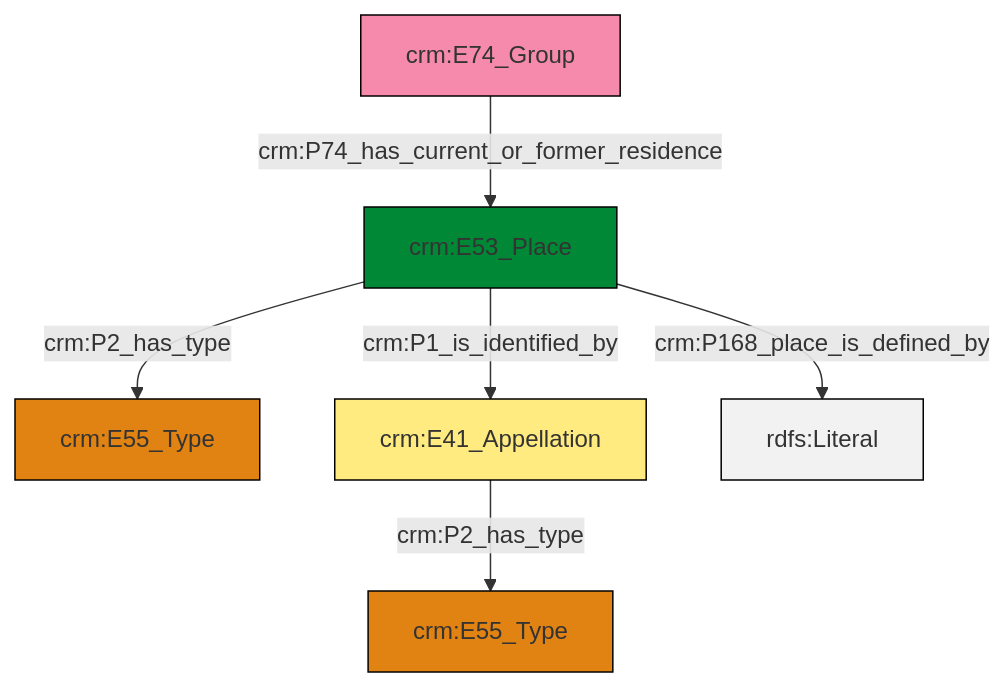
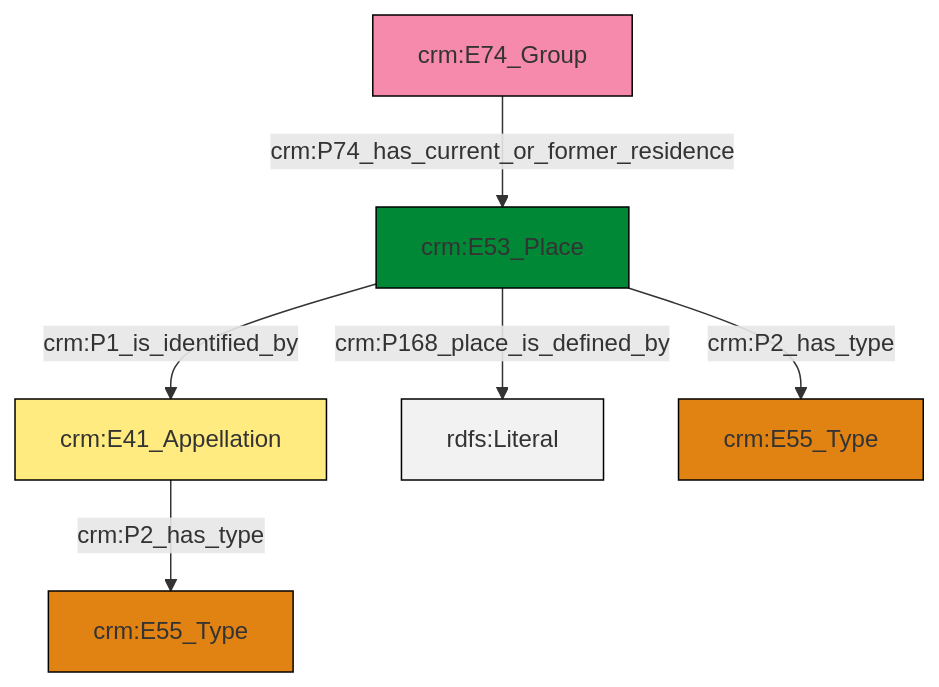
Before and after one commit to swiss-art-research-net/reference-data-models: the diagram in et/groupCSV/ttl/mmd/group_location.ttl.mmd, drawn with Mermaid. The commit also changed 150 other files, not shown here.

```diff
--- a/et/groupCSV/ttl/mmd/group_location.ttl.mmd
+++ b/et/groupCSV/ttl/mmd/group_location.ttl.mmd
@@ -1,20 +1,20 @@
 graph TD
 classDef Literal fill:#f2f2f2,stroke:#000000;
 classDef CRM_Entity fill:#FFFFFF,stroke:#000000;
 classDef Temporal_Entity fill:#00C9E6, stroke:#000000;
 classDef Type fill:#E18312, stroke:#000000;
 classDef Time-Span fill:#2C9C91, stroke:#000000;
 classDef Appellation fill:#FFEB7F, stroke:#000000;
 classDef Place fill:#008836, stroke:#000000;
 classDef Persistent_Item fill:#B266B2, stroke:#000000;
 classDef Conceptual_Object fill:#FFD700, stroke:#000000;
 classDef Physical_Thing fill:#D2B48C, stroke:#000000;
 classDef Actor fill:#f58aad, stroke:#000000;
 classDef PC_Classes fill:#4ce600, stroke:#000000;
 classDef Multi fill:#cccccc,stroke:#000000;
 
-4["crm:E53_Place"]:::Place -->|crm:P1_is_identified_by| 2["crm:E41_Appellation"]:::Appellation
-2["crm:E41_Appellation"]:::Appellation -->|crm:P2_has_type| 5["crm:E55_Type"]:::Type
-4["crm:E53_Place"]:::Place -->|crm:P2_has_type| 0["crm:E55_Type"]:::Type
-6["crm:E74_Group"]:::Actor -->|crm:P74_has_current_or_former_residence| 4["crm:E53_Place"]:::Place
-4["crm:E53_Place"]:::Place -->|crm:P168_place_is_defined_by| 7[rdfs:Literal]:::Literal
+2["crm:E53_Place"]:::Place -->|crm:P168_place_is_defined_by| 3[rdfs:Literal]:::Literal
+0["crm:E41_Appellation"]:::Appellation -->|crm:P2_has_type| 4["crm:E55_Type"]:::Type
+2["crm:E53_Place"]:::Place -->|crm:P2_has_type| 8["crm:E55_Type"]:::Type
+10["crm:E74_Group"]:::Actor -->|crm:P74_has_current_or_former_residence| 2["crm:E53_Place"]:::Place
+2["crm:E53_Place"]:::Place -->|crm:P1_is_identified_by| 0["crm:E41_Appellation"]:::Appellation
```
